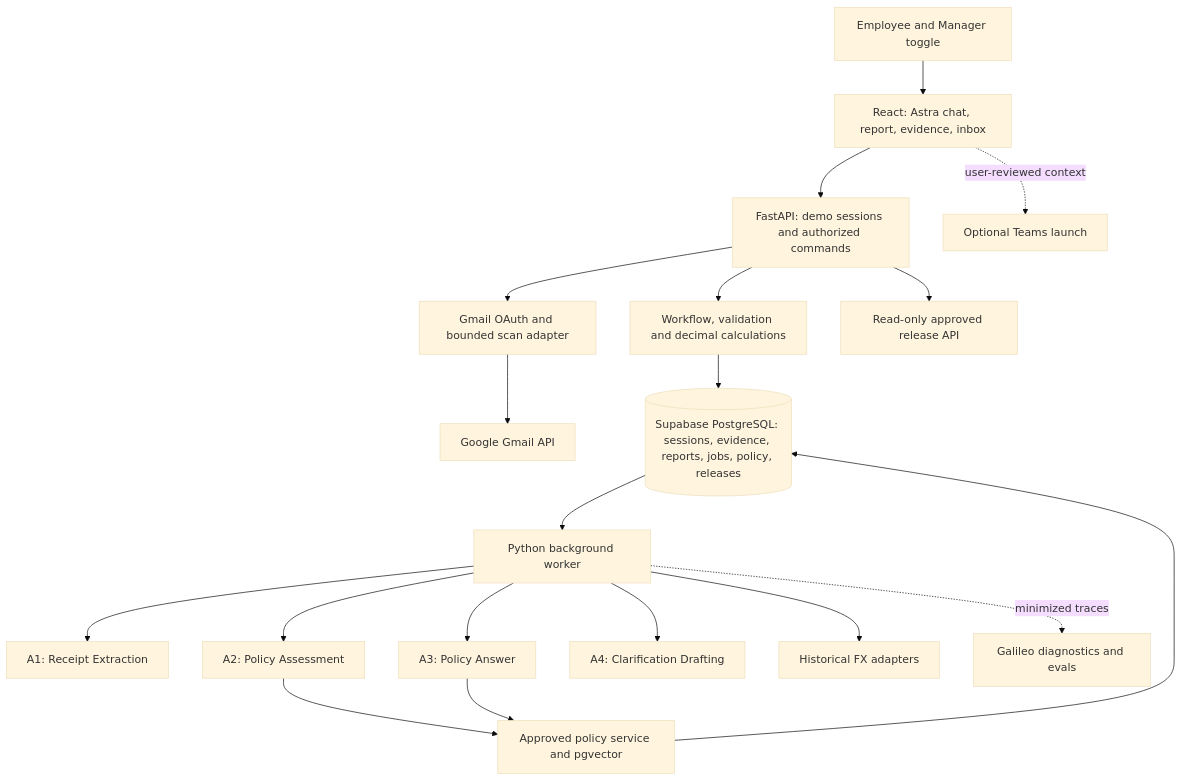
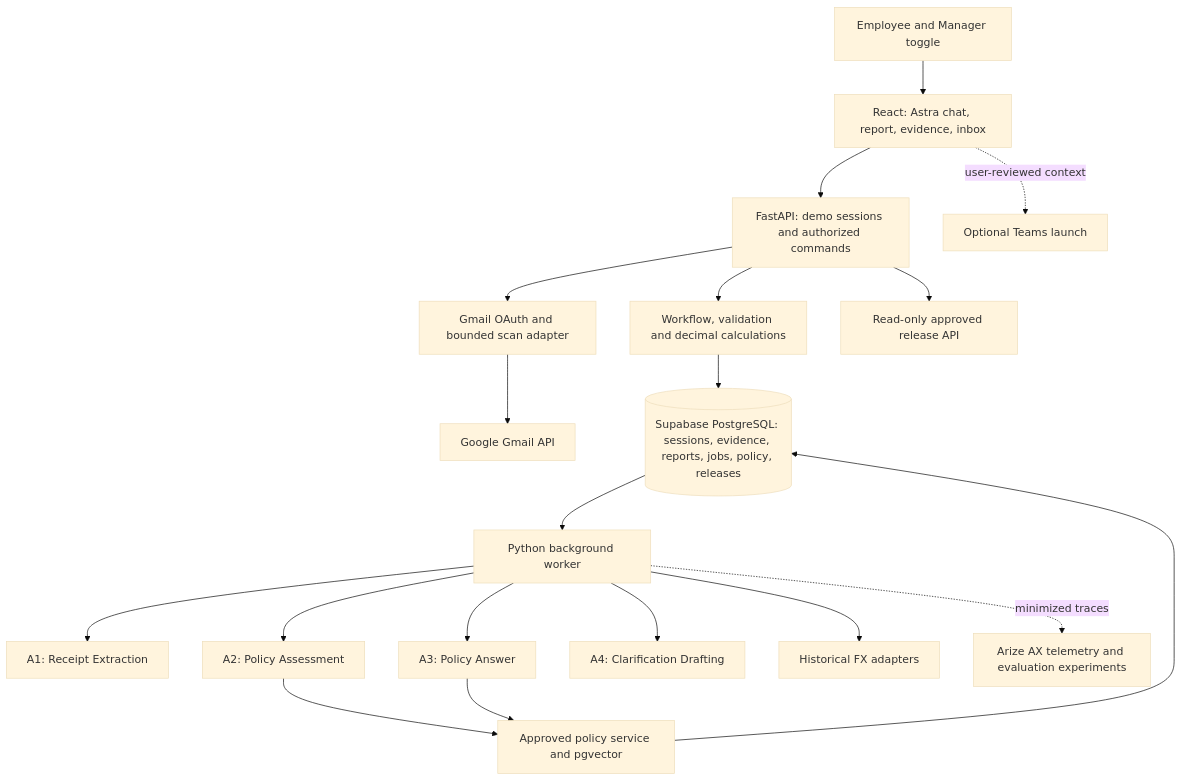
One commit to abanerjee23/Scout changed the diagram in Architecture.md. Above: the diagram before and after it, drawn with Mermaid (base theme). The commit also changed other lines of this file and 19 other files, not shown here.

Commit message:
Migrate evaluations and private telemetry to Arize AX

````diff
--- a/Architecture.md
+++ b/Architecture.md
@@ -17,21 +17,21 @@
 ```mermaid
 flowchart TD
     U[Employee and Manager toggle] --> UI[React: Astra chat, report, evidence, inbox]
     UI --> API[FastAPI: demo sessions and authorized commands]
     API --> WF[Workflow, validation and decimal calculations]
     API --> GM[Gmail OAuth and bounded scan adapter]
     GM --> G[Google Gmail API]
     WF --> DB[(Supabase PostgreSQL: sessions, evidence, reports, jobs, policy, releases)]
     DB --> W[Python background worker]
     W --> A1[A1: Receipt Extraction]
     W --> A2[A2: Policy Assessment]
     W --> A3[A3: Policy Answer]
     W --> A4[A4: Clarification Drafting]
     A2 --> P[Approved policy service and pgvector]
     A3 --> P
     P --> DB
     W --> FX[Historical FX adapters]
-    W -. minimized traces .-> OBS[Galileo diagnostics and evals]
+    W -. minimized traces .-> OBS[Arize AX telemetry and evaluation experiments]
     API --> OUT[Read-only approved release API]
     UI -. user-reviewed context .-> T[Optional Teams launch]
 ```
````
